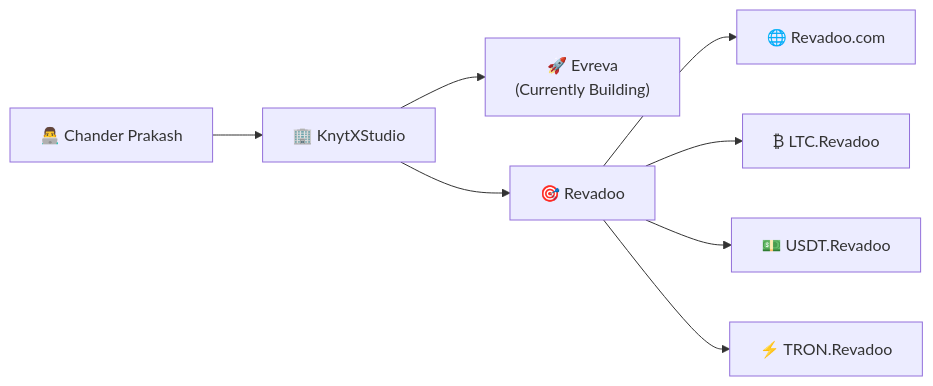
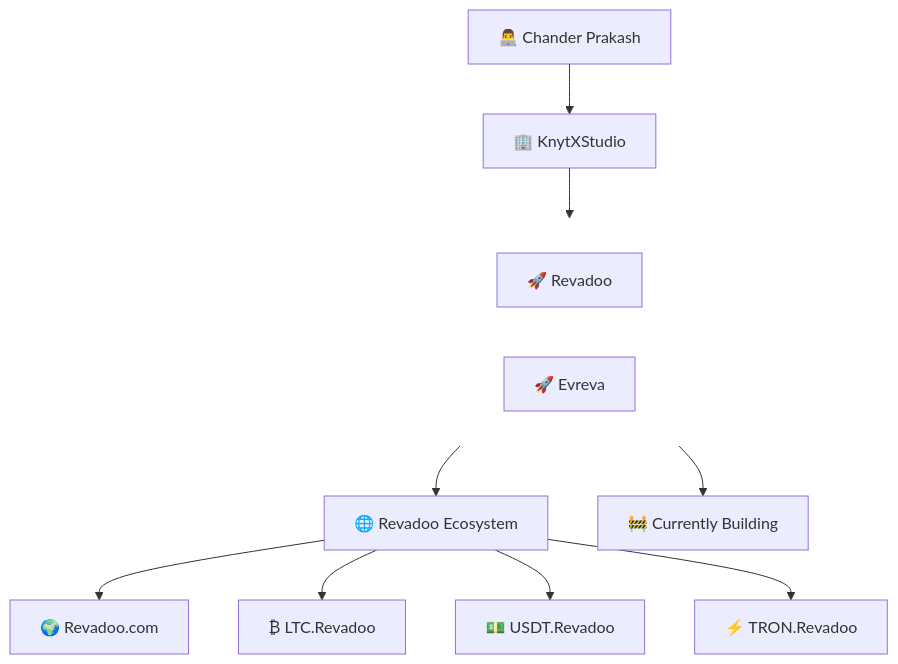
Before and after one commit to chander20256/chander20256: the diagram in README.md, drawn with Mermaid. The commit also changed other lines of this file, not shown here.

````diff
--- a/README.md
+++ b/README.md
@@ -27,15 +29,32 @@
 ```mermaid
-flowchart LR
+flowchart TD
 
+    %% Founder
     CP["👨‍💻 Chander Prakash"]
-        --> KS["🏢 KnytXStudio"]
 
-    KS --> EV["🚀 Evreva<br/>(Currently Building)"]
+    %% Company
+    CP --> KS["🏢 KnytXStudio"]
 
-    KS --> RV["🎯 Revadoo"]
+    %% Products Container
+    KS --> PRODUCTS
 
-    RV --> MAIN["🌐 Revadoo.com"]
-    RV --> LTC["₿ LTC.Revadoo"]
-    RV --> USDT["💵 USDT.Revadoo"]
-    RV --> TRON["⚡ TRON.Revadoo"]
+    subgraph PRODUCTS[" "]
+        direction LR
+
+        REV["🚀 Revadoo"]
+        EV["🚀 Evreva"]
+    end
+
+    %% Revadoo Ecosystem
+    REV --> ECO["🌐 Revadoo Ecosystem"]
+
+    ECO --> MAIN["🌍 Revadoo.com"]
+    ECO --> LTC["₿ LTC.Revadoo"]
+    ECO --> USDT["💵 USDT.Revadoo"]
+    ECO --> TRON["⚡ TRON.Revadoo"]
+
+    %% Evreva Status
+    EV --> BUILD["🚧 Currently Building"]
+
+    style PRODUCTS fill:none,stroke:none
 ```
````
